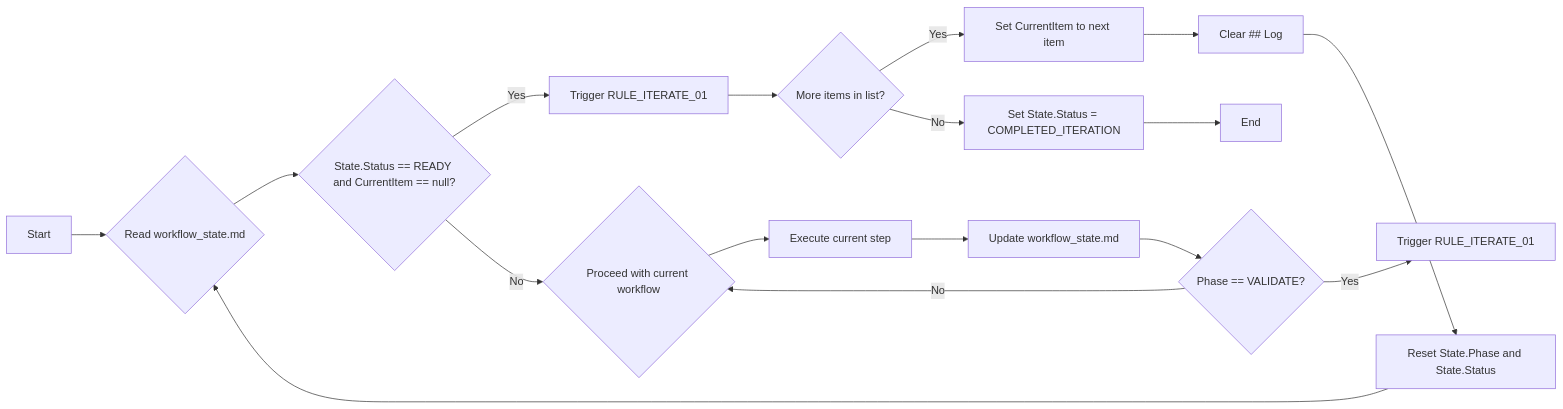
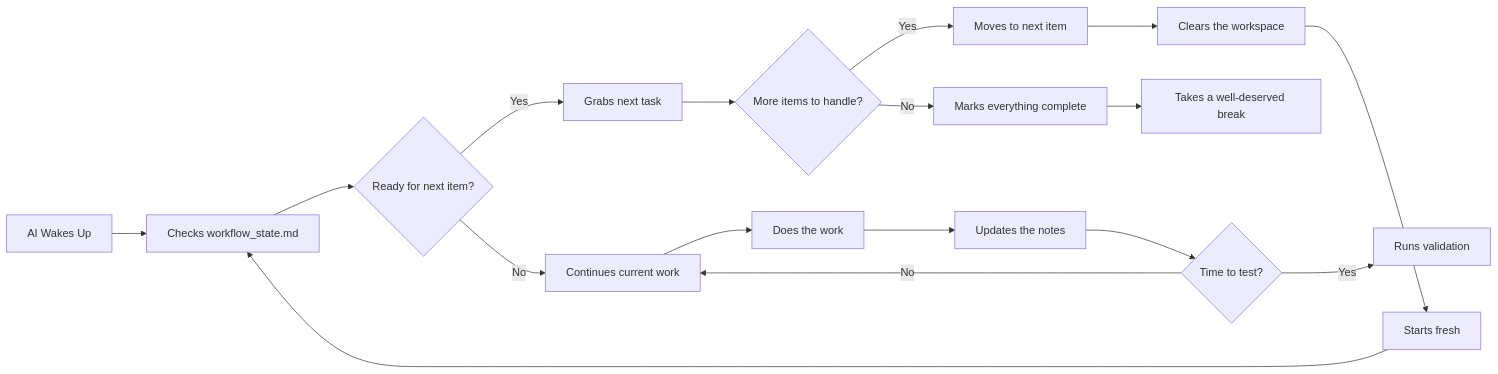
Before and after one commit to kleosr/cursorkleosr: the diagram in README.md, drawn with Mermaid. The commit also changed other lines of this file, not shown here.

````diff
--- a/README.md
+++ b/README.md
@@ -50,19 +59,19 @@
 ```mermaid
 graph LR
-    A[Start] --> B{Read workflow_state.md};
-    B --> C{State.Status == READY and CurrentItem == null?};
-    C -- Yes --> D[Trigger RULE_ITERATE_01];
-    C -- No --> E{Proceed with current workflow};
-    E --> F[Execute current step];
-    F --> G[Update workflow_state.md];
-    G --> H{Phase == VALIDATE?};
-    H -- Yes --> I[Trigger RULE_ITERATE_01];
+    A[AI Wakes Up] --> B[Checks workflow_state.md];
+    B --> C{Ready for next item?};
+    C -- Yes --> D[Grabs next task];
+    C -- No --> E[Continues current work];
+    E --> F[Does the work];
+    F --> G[Updates the notes];
+    G --> H{Time to test?};
+    H -- Yes --> I[Runs validation];
     H -- No --> E;
-    D --> J{More items in list?};
-    J -- Yes --> K[Set CurrentItem to next item];
-    K --> L[Clear ## Log];
-    L --> M[Reset State.Phase and State.Status];
+    D --> J{More items to handle?};
+    J -- Yes --> K[Moves to next item];
+    K --> L[Clears the workspace];
+    L --> M[Starts fresh];
     M --> B;
-    J -- No --> N[Set State.Status = COMPLETED_ITERATION];
-    N --> O[End];
+    J -- No --> N[Marks everything complete];
+    N --> O[Takes a well-deserved break];
 ```
````
